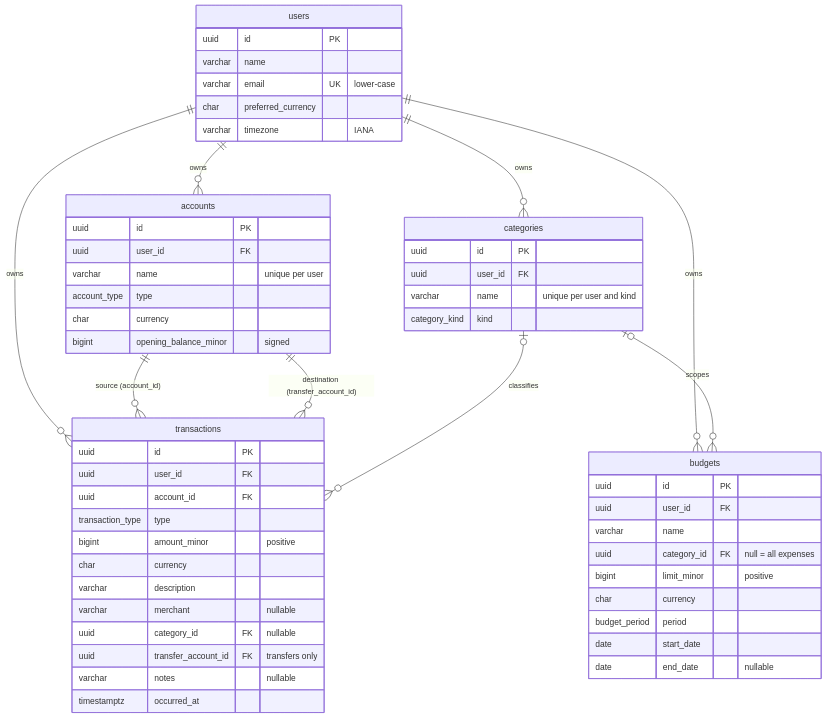
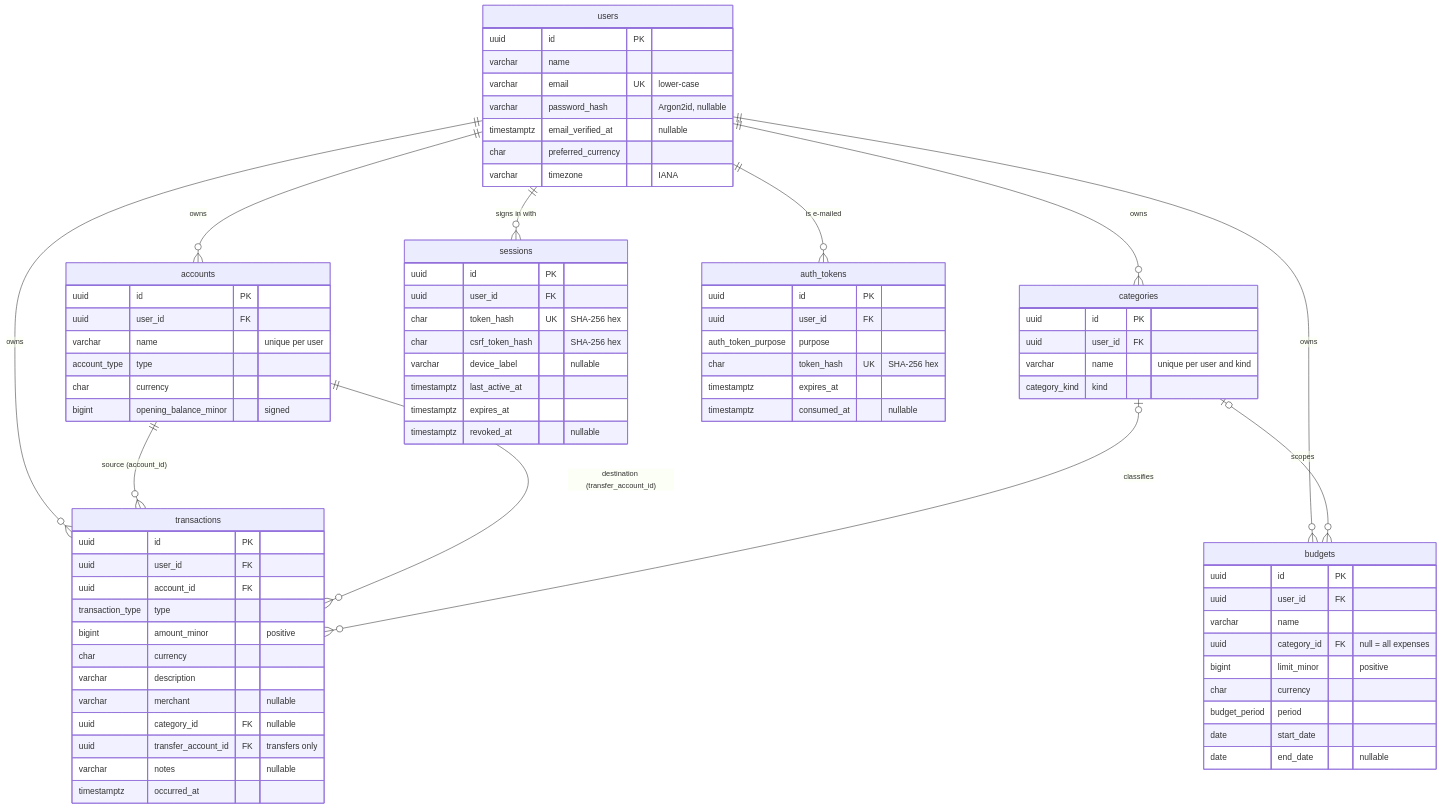
One commit to Dhruwvaviya999/calm-cash changed the diagram in docs/database-design.md. Above: the diagram before and after it, drawn with Mermaid. The commit also changed other lines of this file and 126 other files, not shown here.

First line of the commit message:
feat(auth): add authentication features with sessions and auth tokens

````diff
--- a/docs/database-design.md
+++ b/docs/database-design.md
@@ -10,58 +10,80 @@
 ```mermaid
 erDiagram
     users ||--o{ accounts : owns
     users ||--o{ categories : owns
     users ||--o{ transactions : owns
     users ||--o{ budgets : owns
+    users ||--o{ sessions : "signs in with"
+    users ||--o{ auth_tokens : "is e-mailed"
     accounts ||--o{ transactions : "source (account_id)"
     accounts ||--o{ transactions : "destination (transfer_account_id)"
     categories |o--o{ transactions : classifies
     categories |o--o{ budgets : scopes
 
     users {
         uuid id PK
         varchar name
         varchar email UK "lower-case"
+        varchar password_hash "Argon2id, nullable"
+        timestamptz email_verified_at "nullable"
         char preferred_currency
         varchar timezone "IANA"
+    }
+    sessions {
+        uuid id PK
+        uuid user_id FK
+        char token_hash UK "SHA-256 hex"
+        char csrf_token_hash "SHA-256 hex"
+        varchar device_label "nullable"
+        timestamptz last_active_at
+        timestamptz expires_at
+        timestamptz revoked_at "nullable"
+    }
+    auth_tokens {
+        uuid id PK
+        uuid user_id FK
+        auth_token_purpose purpose
+        char token_hash UK "SHA-256 hex"
+        timestamptz expires_at
+        timestamptz consumed_at "nullable"
     }
     accounts {
         uuid id PK
         uuid user_id FK
         varchar name "unique per user"
         account_type type
         char currency
         bigint opening_balance_minor "signed"
     }
     categories {
         uuid id PK
         uuid user_id FK
         varchar name "unique per user and kind"
         category_kind kind
     }
     transactions {
         uuid id PK
         uuid user_id FK
         uuid account_id FK
         transaction_type type
         bigint amount_minor "positive"
         char currency
         varchar description
         varchar merchant "nullable"
         uuid category_id FK "nullable"
         uuid transfer_account_id FK "transfers only"
         varchar notes "nullable"
         timestamptz occurred_at
     }
     budgets {
         uuid id PK
         uuid user_id FK
         varchar name
         uuid category_id FK "null = all expenses"
         bigint limit_minor "positive"
         char currency
         budget_period period
         date start_date
         date end_date "nullable"
     }
 ```
````
